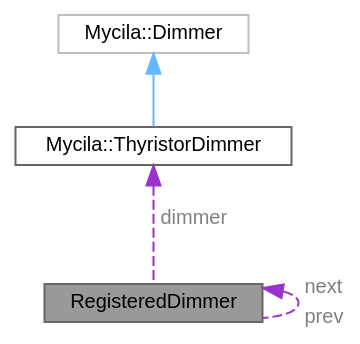
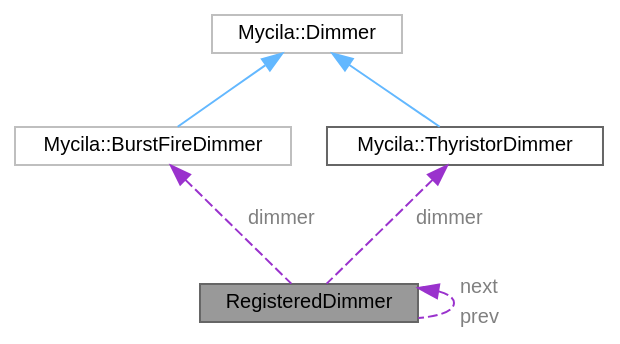
The diagram in docs/api/struct_registered_dimmer__coll__graph.dot (mathieucarbou/MycilaDimmer), drawn with Graphviz before and after one commit. The commit also changed 38 other files, not shown here.

Commit message:
Burst Fire dimming

```diff
--- a/docs/api/struct_registered_dimmer__coll__graph.dot
+++ b/docs/api/struct_registered_dimmer__coll__graph.dot
@@ -1,16 +1,20 @@
 digraph "RegisteredDimmer"
 {
  // LATEX_PDF_SIZE
   bgcolor="transparent";
   edge [fontname=Helvetica,fontsize=10,labelfontname=Helvetica,labelfontsize=10];
   node [fontname=Helvetica,fontsize=10,shape=box,height=0.2,width=0.4];
   Node1 [id="Node000001",label="RegisteredDimmer",height=0.2,width=0.4,color="gray40", fillcolor="grey60", style="filled", fontcolor="black",tooltip=" "];
   Node2 -> Node1 [id="edge1_Node000001_Node000002",dir="back",color="darkorchid3",style="dashed",tooltip=" ",label=<<TABLE CELLBORDER="0" BORDER="0"><TR><TD VALIGN="top" ALIGN="LEFT" CELLPADDING="1" CELLSPACING="0">dimmer</TD></TR>
 </TABLE>> ,fontcolor="grey" ];
-  Node2 [id="Node000002",label="Mycila::ThyristorDimmer",height=0.2,width=0.4,color="gray40", fillcolor="white", style="filled",URL="$class_mycila_1_1_thyristor_dimmer.html",tooltip="Thyristor (TRIAC) based dimmer implementation for TRIAC and Random SSR dimmers."];
+  Node2 [id="Node000002",label="Mycila::BurstFireDimmer",height=0.2,width=0.4,color="grey75", fillcolor="white", style="filled",URL="$class_mycila_1_1_burst_fire_dimmer.html",tooltip=" "];
   Node3 -> Node2 [id="edge2_Node000002_Node000003",dir="back",color="steelblue1",style="solid",tooltip=" "];
   Node3 [id="Node000003",label="Mycila::Dimmer",height=0.2,width=0.4,color="grey75", fillcolor="white", style="filled",URL="$class_mycila_1_1_dimmer.html",tooltip=" "];
-  Node1 -> Node1 [id="edge3_Node000001_Node000001",dir="back",color="darkorchid3",style="dashed",tooltip=" ",label=<<TABLE CELLBORDER="0" BORDER="0"><TR><TD VALIGN="top" ALIGN="LEFT" CELLPADDING="1" CELLSPACING="0">next</TD></TR>
+  Node4 -> Node1 [id="edge3_Node000001_Node000004",dir="back",color="darkorchid3",style="dashed",tooltip=" ",label=<<TABLE CELLBORDER="0" BORDER="0"><TR><TD VALIGN="top" ALIGN="LEFT" CELLPADDING="1" CELLSPACING="0">dimmer</TD></TR>
+</TABLE>> ,fontcolor="grey" ];
+  Node4 [id="Node000004",label="Mycila::ThyristorDimmer",height=0.2,width=0.4,color="gray40", fillcolor="white", style="filled",URL="$class_mycila_1_1_thyristor_dimmer.html",tooltip="Thyristor (TRIAC) based dimmer implementation for TRIAC and Random SSR dimmers."];
+  Node3 -> Node4 [id="edge4_Node000004_Node000003",dir="back",color="steelblue1",style="solid",tooltip=" "];
+  Node1 -> Node1 [id="edge5_Node000001_Node000001",dir="back",color="darkorchid3",style="dashed",tooltip=" ",label=<<TABLE CELLBORDER="0" BORDER="0"><TR><TD VALIGN="top" ALIGN="LEFT" CELLPADDING="1" CELLSPACING="0">next</TD></TR>
 <TR><TD VALIGN="top" ALIGN="LEFT" CELLPADDING="1" CELLSPACING="0">prev</TD></TR>
 </TABLE>> ,fontcolor="grey" ];
 }
```
